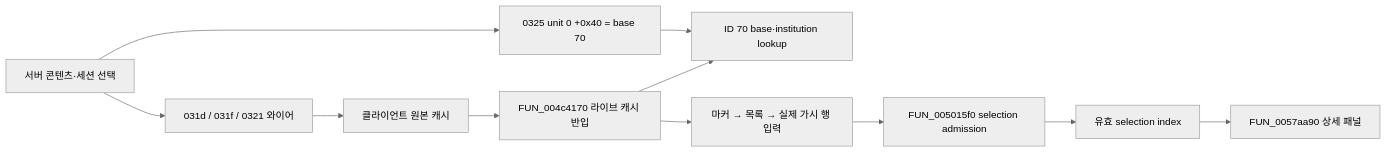
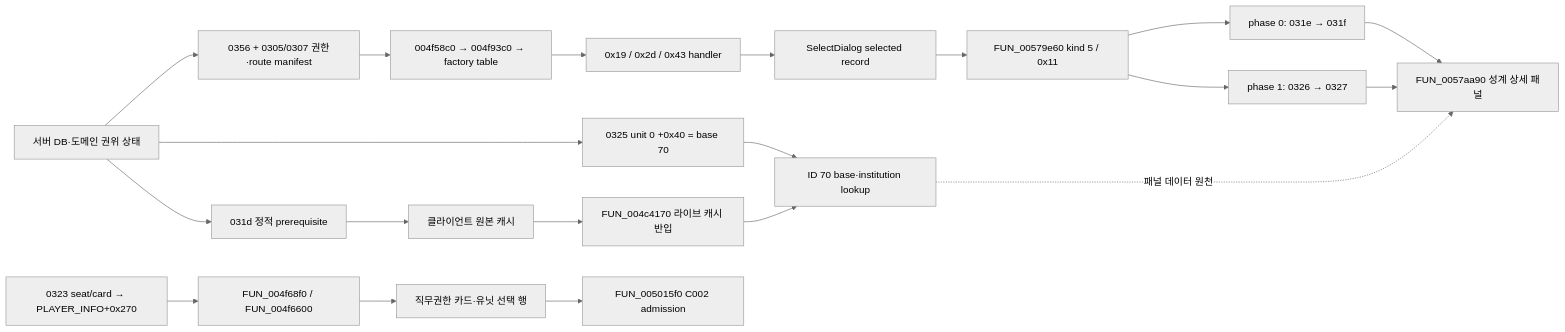
Before and after one commit to peppone-choi/logh7-revival: the diagram in docs/logh7-strategy-system-detail-current.md, drawn with Mermaid (neutral theme). The commit also changed other lines of this file and 2 other files, not shown here.

````diff
--- a/docs/logh7-strategy-system-detail-current.md
+++ b/docs/logh7-strategy-system-detail-current.md
@@ -27,13 +27,22 @@
 ```mermaid
 flowchart LR
-    S["서버 콘텐츠·세션 선택"] --> W["031d / 031f / 0321 와이어"]
+    S["서버 DB·도메인 권위 상태"] --> W["031d 정적 prerequisite"]
     S --> U["0325 unit 0 +0x40 = base 70"]
+    S --> A["0356 + 0305/0307 권한·route manifest"]
     W --> C["클라이언트 원본 캐시"]
     C --> I["FUN_004c4170 라이브 캐시 반입"]
     U --> K["ID 70 base·institution lookup"]
     I --> K
-    I --> M["마커 → 목록 → 실제 가시 행 입력"]
-    M --> G["FUN_005015f0 selection admission"]
-    G --> X["유효 selection index"]
-    X --> P["FUN_0057aa90 상세 패널"]
+    A --> R["004f58c0 → 004f93c0 → factory table"]
+    R --> H["0x19 / 0x2d / 0x43 handler"]
+    H --> Q["SelectDialog selected record"]
+    Q --> D["FUN_00579e60 kind 5 / 0x11"]
+    D --> P0["phase 0: 031e → 031f"]
+    D --> P1["phase 1: 0326 → 0327"]
+    P0 --> P["FUN_0057aa90 성계 상세 패널"]
+    P1 --> P
+    K -. "패널 데이터 원천" .-> P
+    A2["0323 seat/card → PLAYER_INFO+0x270"] --> H2["FUN_004f68f0 / FUN_004f6600"]
+    H2 --> R2["직무권한 카드·유닛 선택 행"]
+    R2 --> G["FUN_005015f0 C002 admission"]
 ```
````
